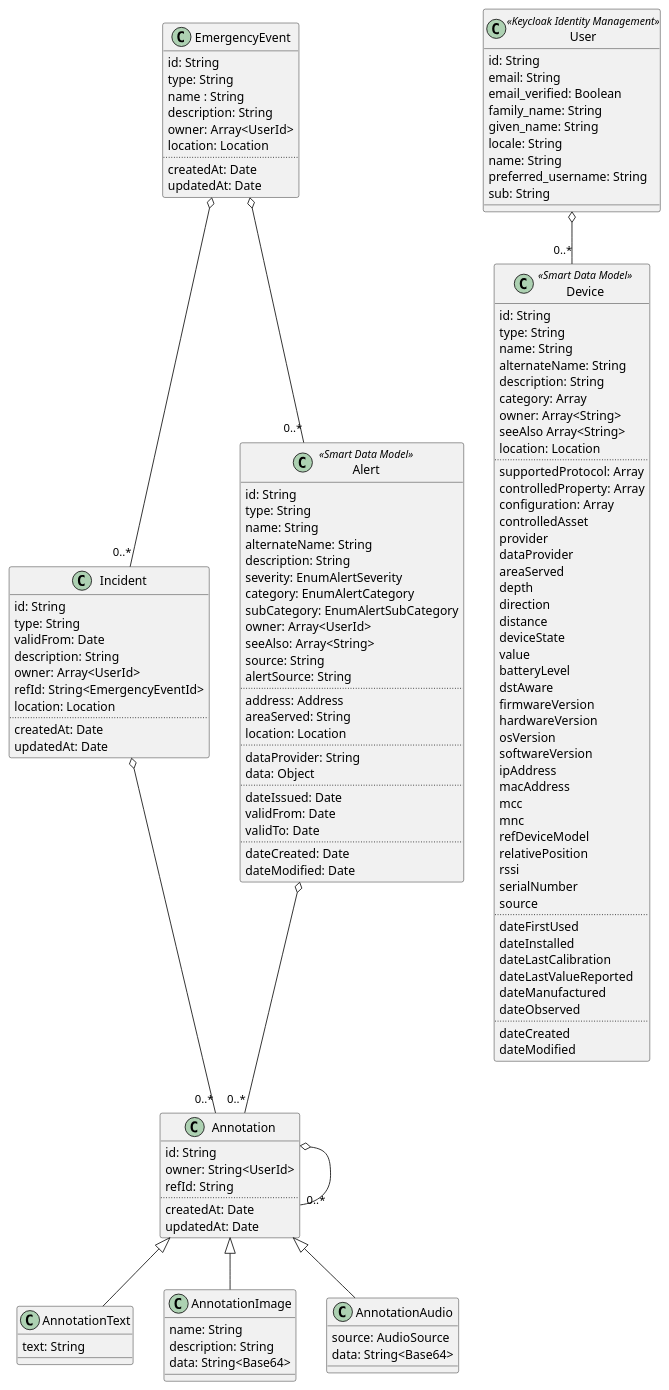
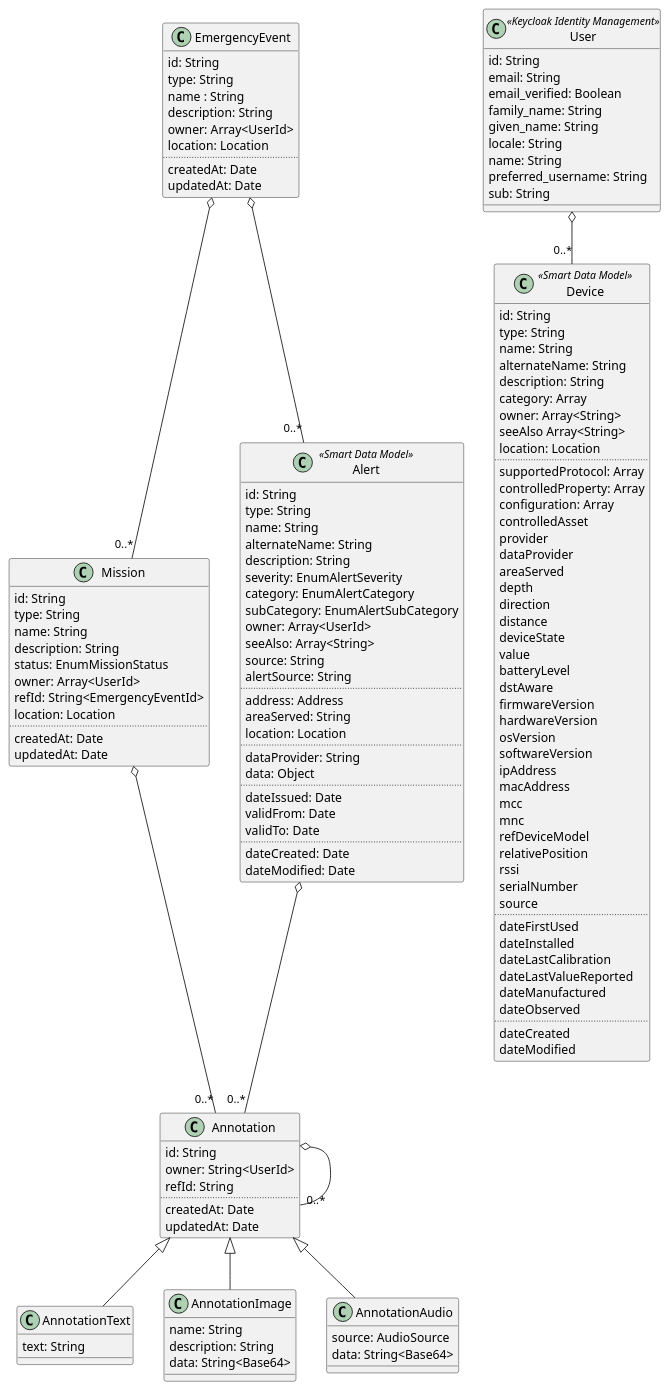
One commit to eldemet/PathoVIEW changed the diagram in server/docs/uml/object-diagram.puml. Above: the diagram before and after it, drawn with PlantUML. The commit also changed 11 other files, not shown here.

Commit message:
feature(client, server): rename incident to mission and adapt properties, remove unused action model

```diff
--- a/server/docs/uml/object-diagram.puml
+++ b/server/docs/uml/object-diagram.puml
@@ -1,145 +1,146 @@
 @startuml
 class EmergencyEvent {
     id: String
     type: String
     name : String
     description: String
     owner: Array<UserId>
     location: Location
     ..
     createdAt: Date
     updatedAt: Date
 }
-class Incident {
+class Mission {
     id: String
     type: String
-    validFrom: Date
+    name: String
     description: String
+    status: EnumMissionStatus
     owner: Array<UserId>
     refId: String<EmergencyEventId>
     location: Location
     ..
     createdAt: Date
     updatedAt: Date
 }
 class User <<Keycloak Identity Management>> {
     id: String
     email: String
     email_verified: Boolean
     family_name: String
     given_name: String
     locale: String
     name: String
     preferred_username: String
     sub: String
 }
 class Alert <<Smart Data Model>> {
     id: String
     type: String
     name: String
     alternateName: String
     description: String
     severity: EnumAlertSeverity
     category: EnumAlertCategory
     subCategory: EnumAlertSubCategory
     owner: Array<UserId>
     seeAlso: Array<String>
     source: String
     alertSource: String
     ..
     address: Address
     areaServed: String
     location: Location
     ..
     dataProvider: String
     data: Object
     ..
     dateIssued: Date
     validFrom: Date
     validTo: Date
     ..
     dateCreated: Date
     dateModified: Date
 }
 class Device <<Smart Data Model>> {
     id: String
     type: String
     name: String
     alternateName: String
     description: String
     category: Array
     owner: Array<String>
     seeAlso Array<String>
     location: Location
     ..
     supportedProtocol: Array
     controlledProperty: Array
     configuration: Array
     controlledAsset
     provider
     dataProvider
     areaServed
     depth
     direction
     distance
     deviceState
     value
     batteryLevel
     dstAware
     firmwareVersion
     hardwareVersion
     osVersion
     softwareVersion
     ipAddress
     macAddress
     mcc
     mnc
     refDeviceModel
     relativePosition
     rssi
     serialNumber
     source
     ..
     dateFirstUsed
     dateInstalled
     dateLastCalibration
     dateLastValueReported
     dateManufactured
     dateObserved
     ..
     dateCreated
     dateModified
 }
 class Annotation {
     id: String
     owner: String<UserId>
     refId: String
     ..
     createdAt: Date
     updatedAt: Date
 }
 class AnnotationText {
     text: String
 }
 class AnnotationImage {
     name: String
     description: String
     data: String<Base64>
 }
 class AnnotationAudio {
     source: AudioSource
     data: String<Base64>
 }
 
 Annotation <|-- AnnotationText
 Annotation <|-- AnnotationImage
 Annotation <|-- AnnotationAudio
 
 EmergencyEvent o-- "0..*" Alert
-EmergencyEvent o-- "0..*" Incident
+EmergencyEvent o-- "0..*" Mission
 User o-- "0..*" Device
 Annotation o-- "0..*" Annotation
-Incident o-- "0..*" Annotation
+Mission o-- "0..*" Annotation
 Alert o-- "0..*" Annotation
 
 @enduml
```
